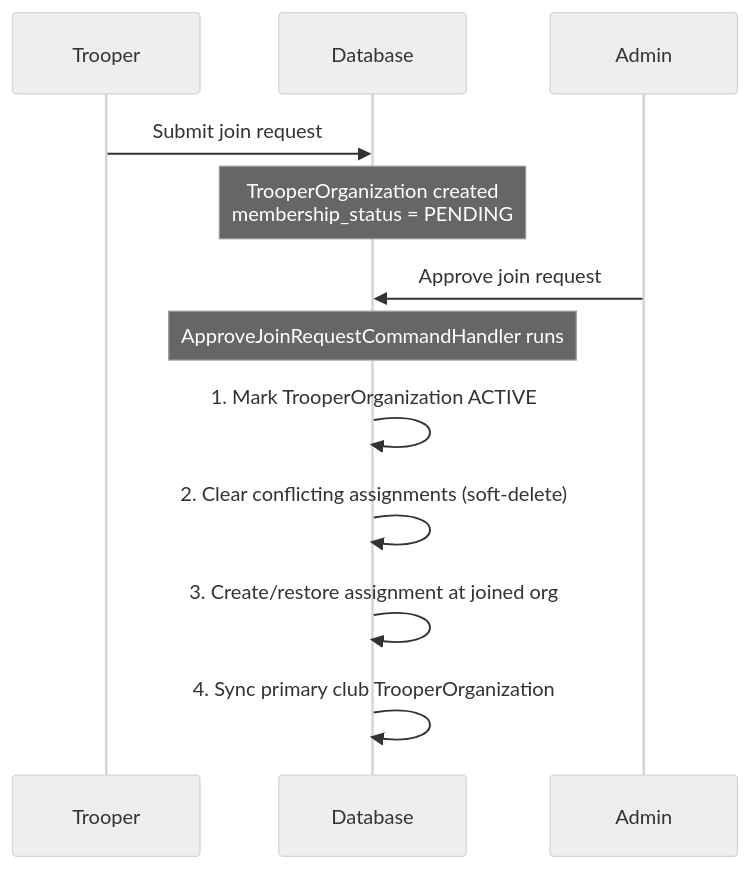
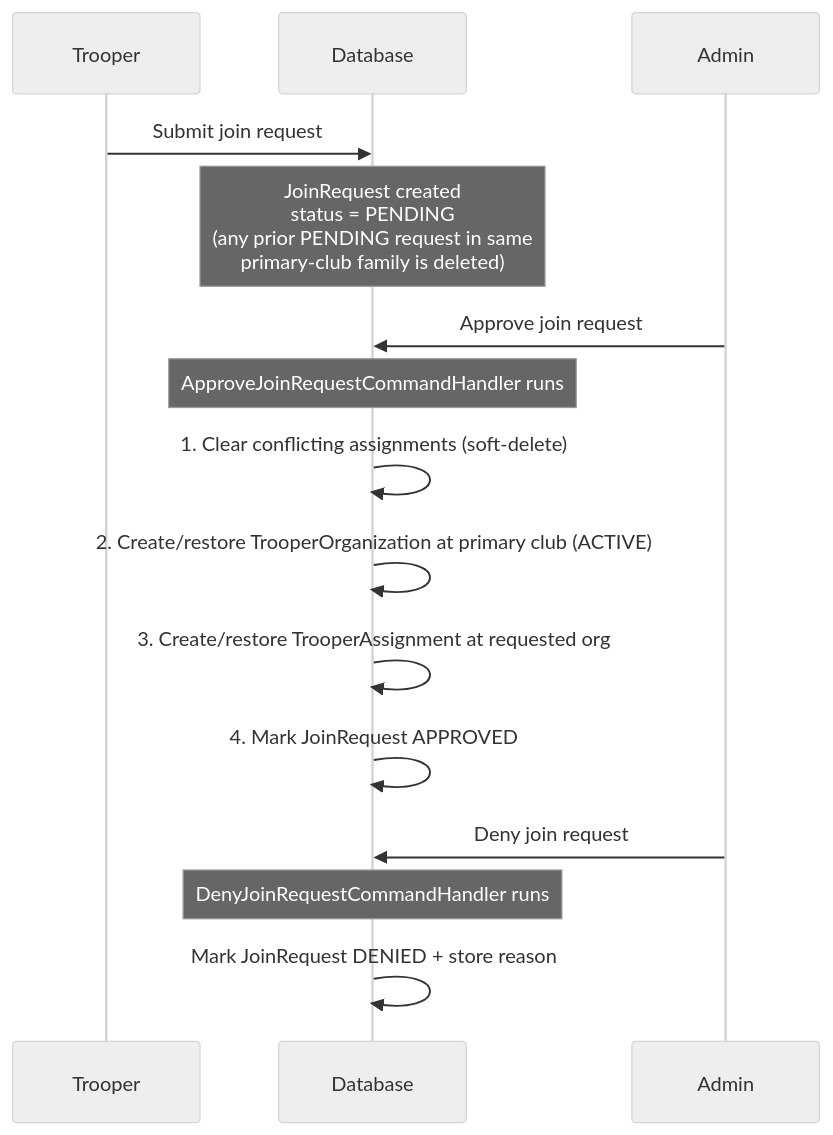
One commit to obsidianslicers/trooper-tracker changed the diagram in docs/CLUB_MEMBERSHIPS.md. Above: the diagram before and after it, drawn with Mermaid (neutral theme). The commit also changed other lines of this file, not shown here.

````diff
--- a/docs/CLUB_MEMBERSHIPS.md
+++ b/docs/CLUB_MEMBERSHIPS.md
@@ -63,17 +77,21 @@
 ```mermaid
 sequenceDiagram
     participant T as Trooper
     participant DB as Database
     participant A as Admin
 
     T->>DB: Submit join request
-    Note over DB: TrooperOrganization created<br/>membership_status = PENDING
+    Note over DB: JoinRequest created<br/>status = PENDING<br/>(any prior PENDING request in same<br/>primary-club family is deleted)
 
     A->>DB: Approve join request
     Note over DB: ApproveJoinRequestCommandHandler runs
 
-    DB->>DB: 1. Mark TrooperOrganization ACTIVE
-    DB->>DB: 2. Clear conflicting assignments (soft-delete)
-    DB->>DB: 3. Create/restore assignment at joined org
-    DB->>DB: 4. Sync primary club TrooperOrganization
+    DB->>DB: 1. Clear conflicting assignments (soft-delete)
+    DB->>DB: 2. Create/restore TrooperOrganization at primary club (ACTIVE)
+    DB->>DB: 3. Create/restore TrooperAssignment at requested org
+    DB->>DB: 4. Mark JoinRequest APPROVED
+
+    A->>DB: Deny join request
+    Note over DB: DenyJoinRequestCommandHandler runs
+    DB->>DB: Mark JoinRequest DENIED + store reason
 ```
````
